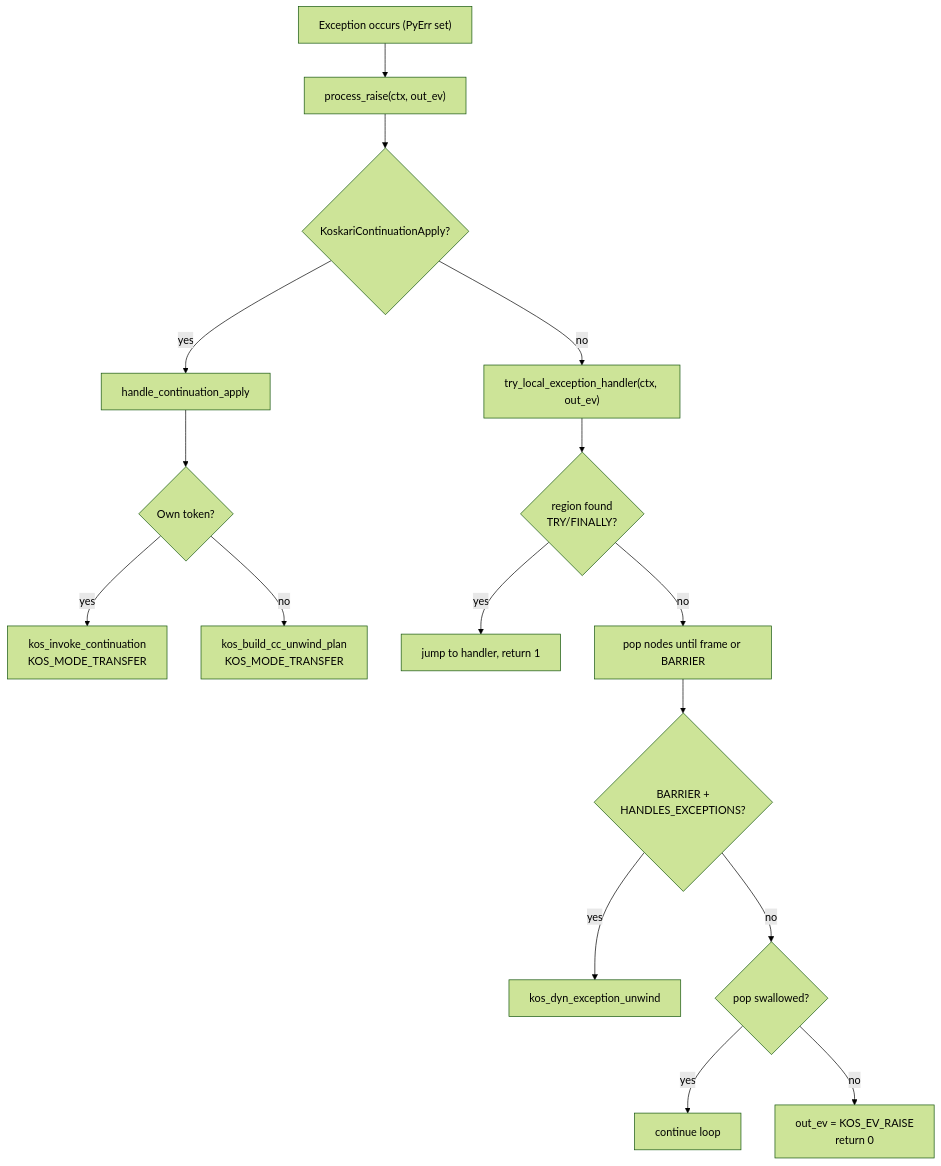
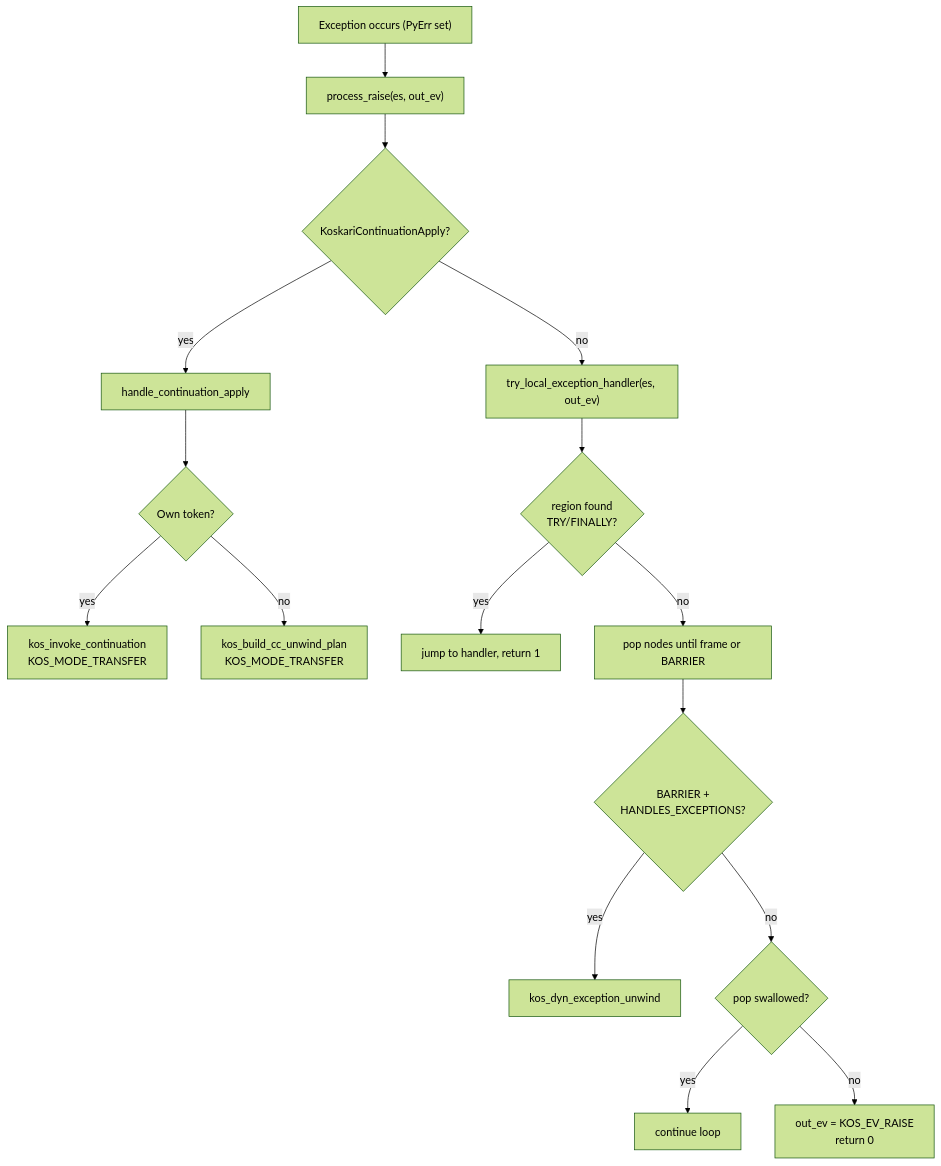
Before and after one commit to koskari-lang/koskari: the eighth of 10 diagrams in design/EVALUATOR.md, drawn with Mermaid (forest theme). The commit also changed other lines of this file and 30 other files, not shown here.

````diff
--- a/design/EVALUATOR.md
+++ b/design/EVALUATOR.md
@@ -375,34 +392,34 @@
 ```mermaid
 flowchart TD
     exc["Exception occurs (PyErr set)"]
-    process["process_raise(ctx, out_ev)"]
+    process["process_raise(es, out_ev)"]
     cc_check{"KoskariContinuationApply?"}
     handle_cc["handle_continuation_apply"]
     own{"Own token?"}
     invoke["kos_invoke_continuation<br/>KOS_MODE_TRANSFER"]
     foreign["kos_build_cc_unwind_plan<br/>KOS_MODE_TRANSFER"]
-    try_local["try_local_exception_handler(ctx, out_ev)"]
+    try_local["try_local_exception_handler(es, out_ev)"]
     region{"region found<br/>TRY/FINALLY?"}
     jump["jump to handler, return 1"]
     pop["pop nodes until frame or BARRIER"]
     barrier{"BARRIER +<br/>HANDLES_EXCEPTIONS?"}
     unwind["kos_dyn_exception_unwind"]
     swallowed{"pop swallowed?"}
     no_handler["out_ev = KOS_EV_RAISE<br/>return 0"]
 
     exc --> process
     process --> cc_check
     cc_check -->|yes| handle_cc
     handle_cc --> own
     own -->|yes| invoke
     own -->|no| foreign
     cc_check -->|no| try_local
     try_local --> region
     region -->|yes| jump
     region -->|no| pop
     pop --> barrier
     barrier -->|yes| unwind
     barrier -->|no| swallowed
     swallowed -->|yes| loop_cont2["continue loop"]
     swallowed -->|no| no_handler
 ```
````
